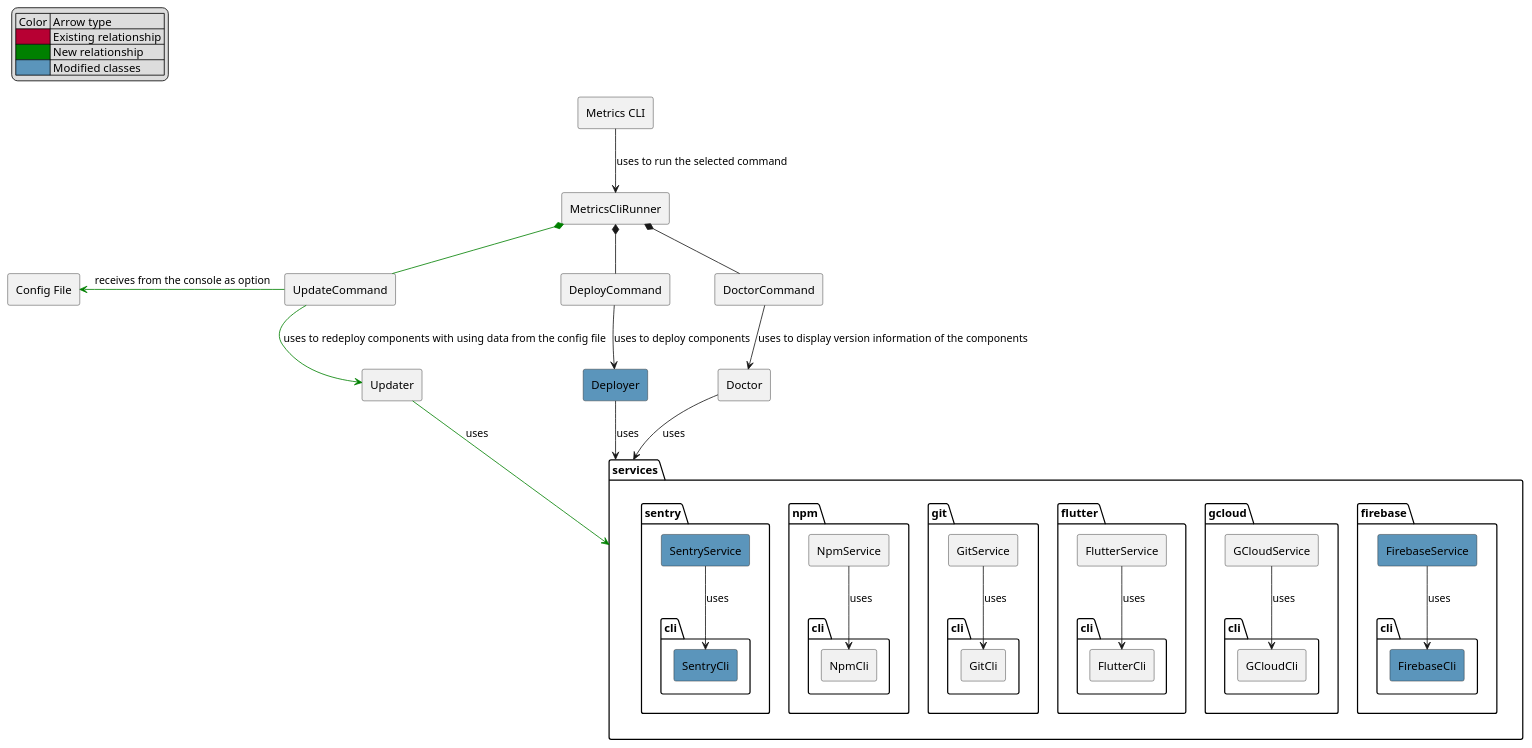
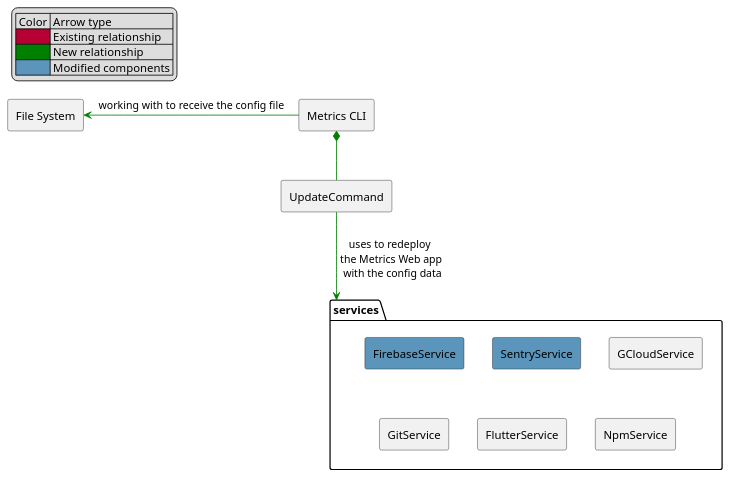
Before and after one commit to Flank/flank-dashboard: the diagram in metrics/cli/docs/features/diagrams/update_feature_integration_component_diagram.puml, drawn with PlantUML. The commit also changed 1 other file, not shown here.

```diff
--- a/metrics/cli/docs/features/diagrams/update_feature_integration_component_diagram.puml
+++ b/metrics/cli/docs/features/diagrams/update_feature_integration_component_diagram.puml
@@ -1,89 +1,30 @@
 @startuml update_feature_integration_component_diagram
 
 skinparam componentStyle rectangle
 
 legend top left
     | Color | Arrow type |
     |<#B70033>| Existing relationship |
     |<#Green>| New relationship |
-    |<#5B95BB>| Modified classes |
+    |<#5B95BB>| Modified components |
 endlegend
 
 component "Metrics CLI" as CLI
-component "UpdateCommand"
-component "DeployCommand"
-component "DoctorCommand"
-component "MetricsCliRunner"
-component "Updater"
-component "Deployer" #5B95BB
-component "Doctor"
-component "Config File" as File
-
+component UpdateCommand
 package services {
-    package firebase {
-        component FirebaseService #5B95BB
-        package cli as firebase.cli {
-            component FirebaseCli #5B95BB
-        }
-    }
-
-    package gcloud {
-        component GCloudService
-        package cli as gcloud.cli {
-            component GCloudCli
-        }
-    }
-
-    package flutter {
-        component FlutterService
-        package cli as flutter.cli {
-            component FlutterCli
-        }
-    }
-
-    package git {
-        component GitService
-        package cli as git.cli {
-            component GitCli
-        }
-    }
-
-    package npm {
-        component NpmService
-        package cli as npm.cli {
-            component NpmCli
-        }
-    }
-
-    package sentry {
-        component SentryService #5B95BB
-        package cli as sentry.cli {
-            component SentryCli #5B95BB
-        }
-    }
+component FirebaseService #5B95BB
+component SentryService #5B95BB
+component GCloudService
+component GitService
+component FlutterService
+component NpmService
 }
 
 
-CLI --> MetricsCliRunner : uses to run the selected command
+component "File System" as FS
 
-UpdateCommand -[#Green]up-* MetricsCliRunner
-DeployCommand -up-* MetricsCliRunner
-DoctorCommand -up-* MetricsCliRunner
-
-UpdateCommand -[#Green]left-> File : receives from the console as option
-UpdateCommand -[#Green]-> Updater : uses to redeploy components with using data from the config file
-DeployCommand --> Deployer : uses to deploy components
-DoctorCommand --> Doctor : uses to display version information of the components
-
-Updater -[#Green]-> services : uses
-Deployer --> services : uses
-Doctor --> services : uses
-
-FirebaseService -down-> FirebaseCli : uses
-GCloudService -down-> GCloudCli : uses
-FlutterService -down-> FlutterCli : uses
-GitService -down-> GitCli : uses
-NpmService -down-> NpmCli : uses
-SentryService -down-> SentryCli : uses
+CLI -[#Green]left-> FS : working with to receive the config file
+CLI *-[#Green]- UpdateCommand
+UpdateCommand -[#Green]-> services : uses to redeploy \n the Metrics Web app \n with the config data
 
 @enduml
```
